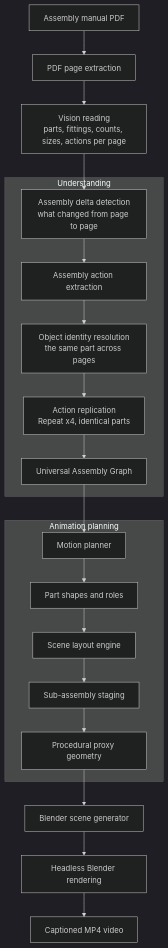
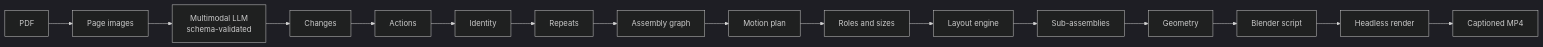
One commit to alihaider1993/ai-assembly-video-generator changed the diagram in README.md. Above: the diagram before and after it, drawn with Mermaid (dark theme). The commit also changed other lines of this file and 1 other file, not shown here.

First line of the commit message:
README: recruiter-friendly layout, architecture diagram, why I built this

````diff
--- a/README.md
+++ b/README.md
@@ -57,29 +78,7 @@
 ```mermaid
-flowchart TD
-    A[Assembly manual PDF] --> B[PDF page extraction]
-    B --> C[Vision reading<br/>parts, fittings, counts, sizes, actions per page]
-
-    subgraph U[Understanding]
-        D[Assembly delta detection<br/>what changed from page to page]
-        E[Assembly action extraction]
-        F[Object identity resolution<br/>the same part across pages]
-        G[Action replication<br/>Repeat x4, identical parts]
-        H[Universal Assembly Graph]
-        D --> E --> F --> G --> H
-    end
-
-    subgraph P[Animation planning]
-        I[Motion planner]
-        J[Part shapes and roles]
-        K[Scene layout engine]
-        L[Sub-assembly staging]
-        M[Procedural proxy geometry]
-        I --> J --> K --> L --> M
-    end
-
-    C --> D
-    H --> I
-    M --> N[Blender scene generator]
-    N --> O[Headless Blender rendering]
-    O --> Q[Captioned MP4 video]
+flowchart LR
+    A[PDF] --> B[Page images] --> C[Multimodal LLM<br/>schema-validated]
+    C --> D[Changes] --> E[Actions] --> F[Identity] --> G[Repeats] --> H[Assembly graph]
+    H --> I[Motion plan] --> J[Roles and sizes] --> K[Layout engine] --> L[Sub-assemblies] --> M[Geometry]
+    M --> N[Blender script] --> O[Headless render] --> P[Captioned MP4]
 ```
````
